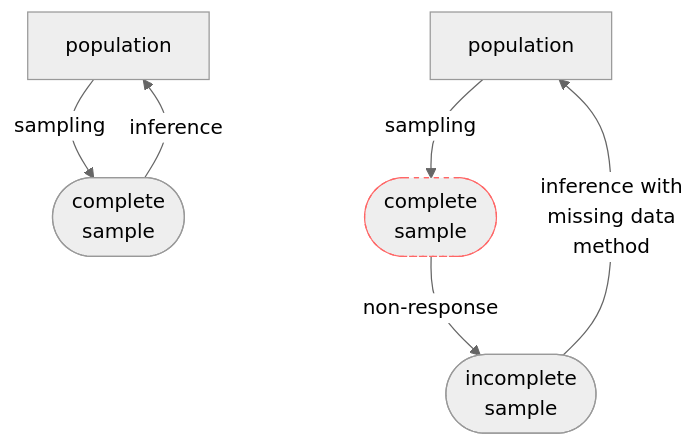
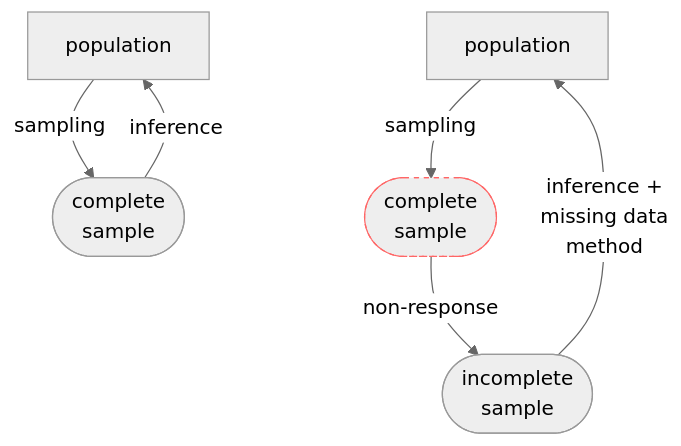
The first of 4 diagrams in dissertation.qmd (hanneoberman/dissertation), drawn with Mermaid (neutral theme) before and after one commit. The commit also changed other lines of this file and 1 other file, not shown here.

Commit message:
add notation and miss mech graph

````diff
--- a/dissertation.qmd
+++ b/dissertation.qmd
@@ -349,14 +368,14 @@
 ```{mermaid}
 %%| fig-height: 2.2
 
 flowchart TD
   A1[population] --sampling--> B1([complete<br> sample])
   B1 --inference--> A1
 
 x:::hidden ~~~ y:::hidden
 classDef hidden display: none;
 
   A2[population] --sampling--> B2([complete<br> sample]) --non-response--> C2([incomplete<br> sample])
   style B2 stroke:#f66,stroke-width:1px,stroke-dasharray: 4
-  C2 --inference with<br>missing data<br>method--> A2
+  C2 --inference +<br>missing data<br>method--> A2
 ```
````
